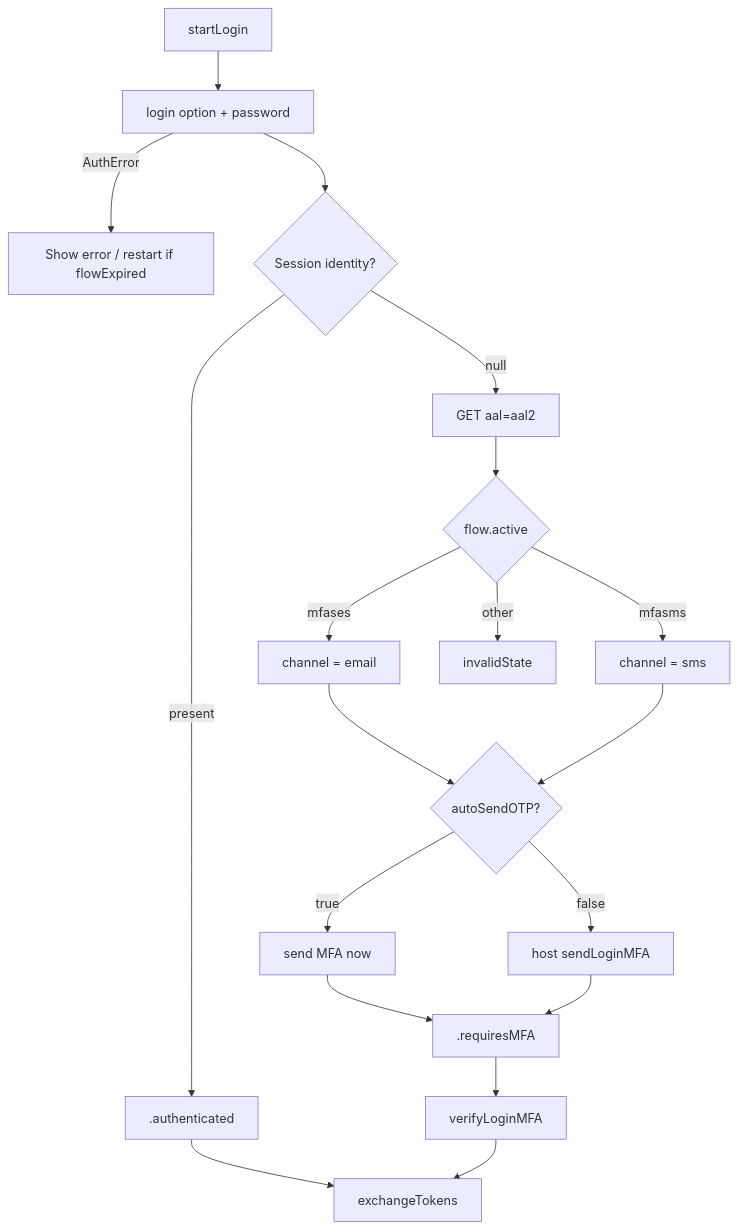
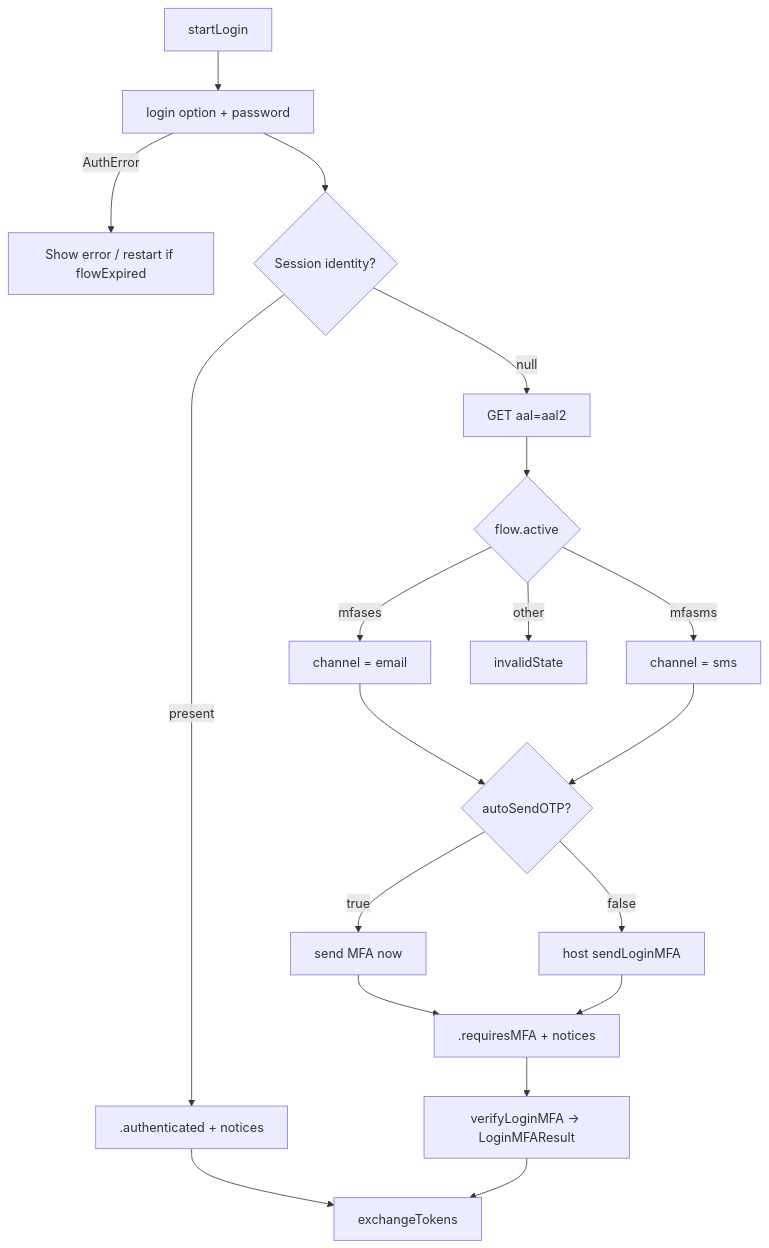
Before and after one commit to Jamisyed/MeeraAuth: the seventh of 22 diagrams in Docs/USAGE.md, drawn with Mermaid. The commit also changed other lines of this file and 9 other files, not shown here.

````diff
--- a/Docs/USAGE.md
+++ b/Docs/USAGE.md
@@ -636,21 +640,21 @@
 ```mermaid
 flowchart TD
   A[startLogin] --> B[login option + password]
   B -->|AuthError| E1[Show error / restart if flowExpired]
   B --> C{Session identity?}
-  C -->|present| D[.authenticated]
+  C -->|present| D[.authenticated + notices]
   D --> T[exchangeTokens]
   C -->|null| F[GET aal=aal2]
   F --> G{flow.active}
   G -->|mfases| H[channel = email]
   G -->|mfasms| I[channel = sms]
   G -->|other| J[invalidState]
   H --> K{autoSendOTP?}
   I --> K
   K -->|true| L[send MFA now]
   K -->|false| M[host sendLoginMFA]
-  L --> N[.requiresMFA]
+  L --> N[.requiresMFA + notices]
   M --> N
-  N --> O[verifyLoginMFA]
+  N --> O[verifyLoginMFA → LoginMFAResult]
   O --> T
 ```
````
